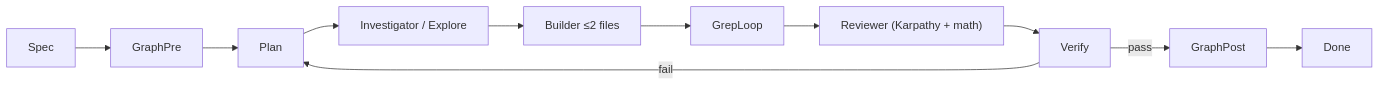
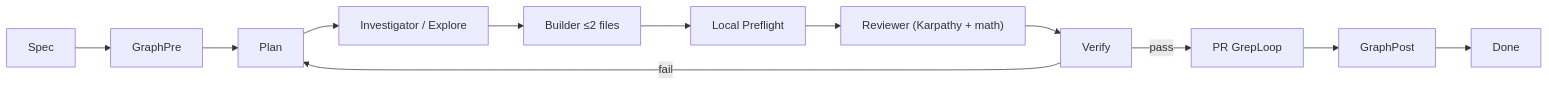
One commit to javin23863/hft3 changed the diagram in docs/AGENTIC_ENGINEERING.md. Above: the diagram before and after it, drawn with Mermaid. The commit also changed other lines of this file and 4 other files, not shown here.

````diff
--- a/docs/AGENTIC_ENGINEERING.md
+++ b/docs/AGENTIC_ENGINEERING.md
@@ -37,13 +37,14 @@
 ```mermaid
 flowchart LR
   S[Spec] --> GP[GraphPre]
   GP --> P[Plan]
   P --> I[Investigator / Explore]
   I --> B[Builder ≤2 files]
-  B --> GL[GrepLoop]
-  GL --> R["Reviewer (Karpathy + math)"]
+  B --> LP[Local Preflight]
+  LP --> R["Reviewer (Karpathy + math)"]
   R --> V[Verify]
   V -->|fail| P
-  V -->|pass| GPO[GraphPost]
+  V -->|pass| PR[PR GrepLoop]
+  PR --> GPO[GraphPost]
   GPO --> D[Done]
 ```
````
